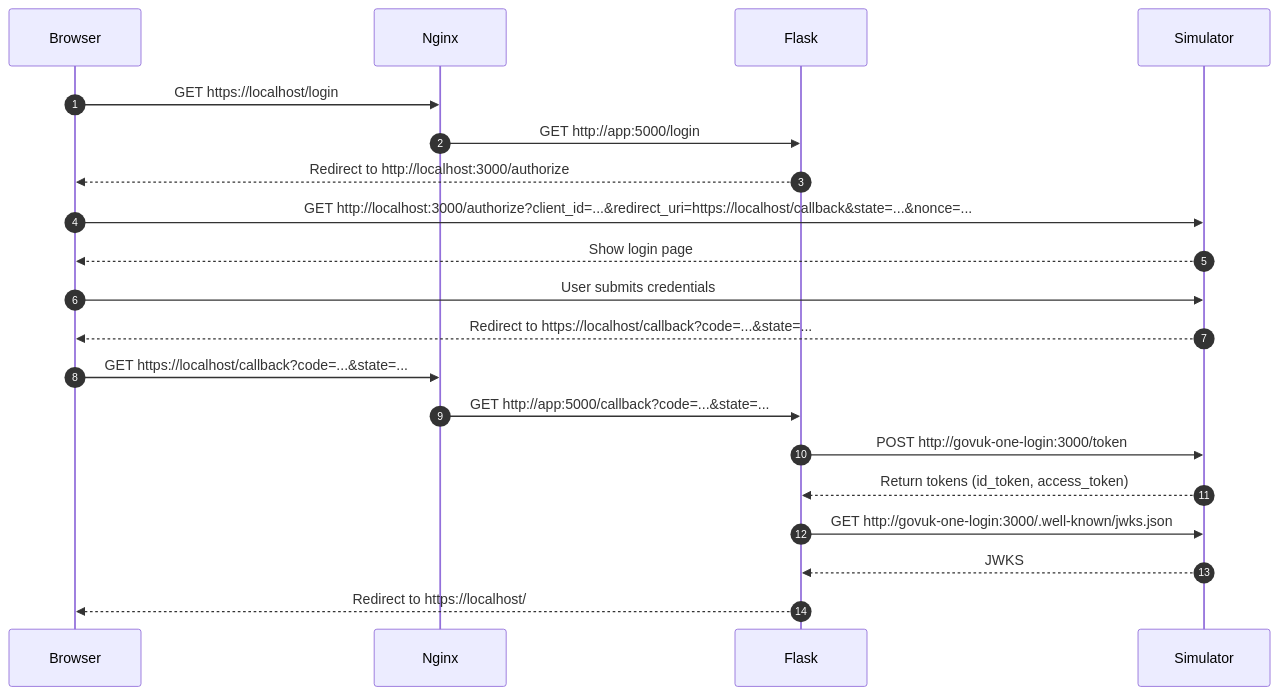
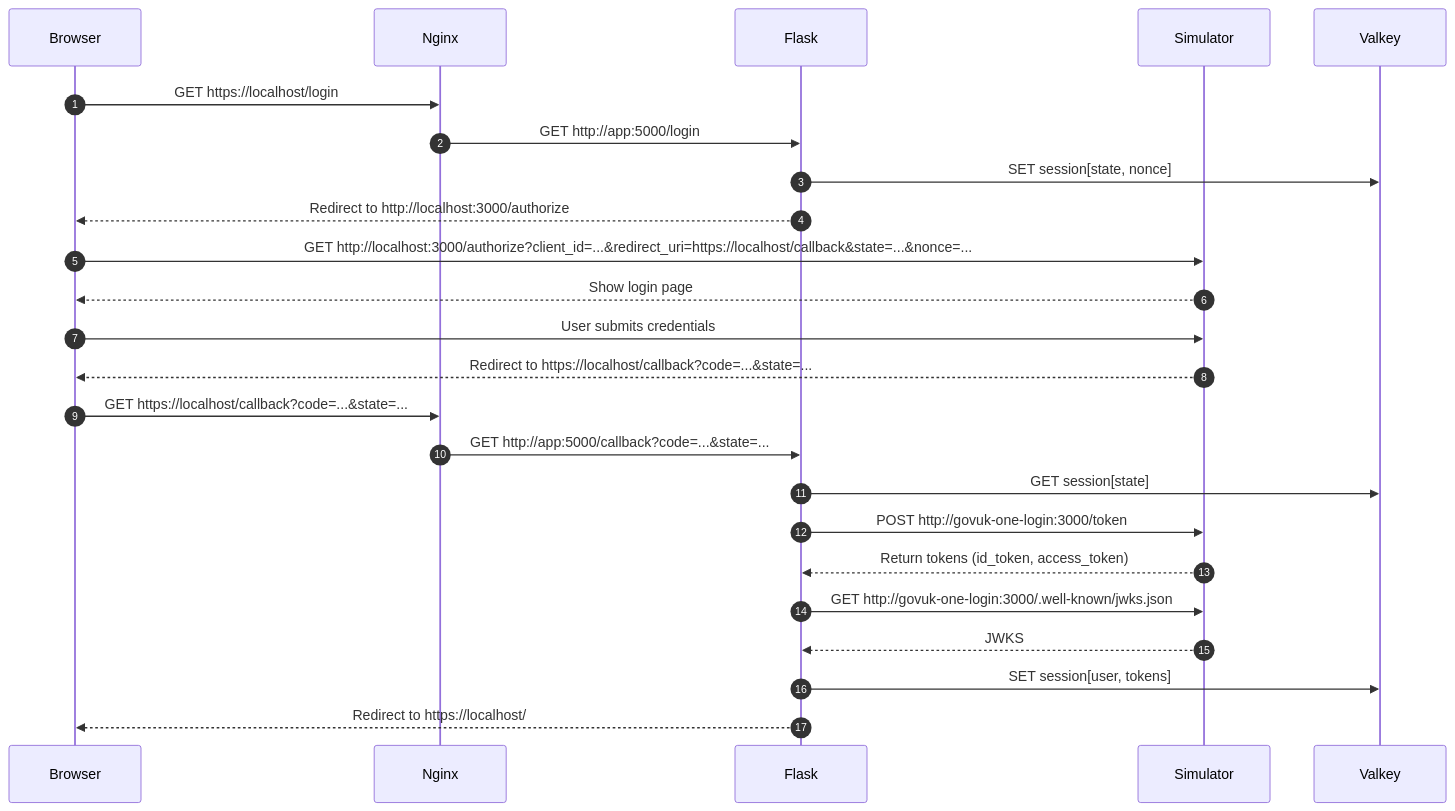
The third of 4 diagrams in README.md (LandRegistry/govuk-frontend-flask), drawn with Mermaid before and after one commit. The commit also changed other lines of this file, not shown here.

Commit message:
add valkey session storage to sequence diagrams

````diff
--- a/README.md
+++ b/README.md
@@ -224,25 +224,29 @@
 ```mermaid
 sequenceDiagram
     autonumber
     participant Browser
     participant Web as Nginx
     participant App as Flask
     participant Simulator
+    participant Cache as Valkey
 
     Browser->>Web: GET https://localhost/login
     Web->>App: GET http://app:5000/login
+    App->>Cache: SET session[state, nonce]
     App-->>Browser: Redirect to http://localhost:3000/authorize
     
     Browser->>Simulator: GET http://localhost:3000/authorize?client_id=...&redirect_uri=https://localhost/callback&state=...&nonce=...
     Simulator-->>Browser: Show login page
     Browser->>Simulator: User submits credentials
     Simulator-->>Browser: Redirect to https://localhost/callback?code=...&state=...
     
     Browser->>Web: GET https://localhost/callback?code=...&state=...
     Web->>App: GET http://app:5000/callback?code=...&state=...
+    App->>Cache: GET session[state]
     App->>Simulator: POST http://govuk-one-login:3000/token
     Simulator-->>App: Return tokens (id_token, access_token)
     App->>Simulator: GET http://govuk-one-login:3000/.well-known/jwks.json
     Simulator-->>App: JWKS
+    App->>Cache: SET session[user, tokens]
     App-->>Browser: Redirect to https://localhost/
 ```
````
